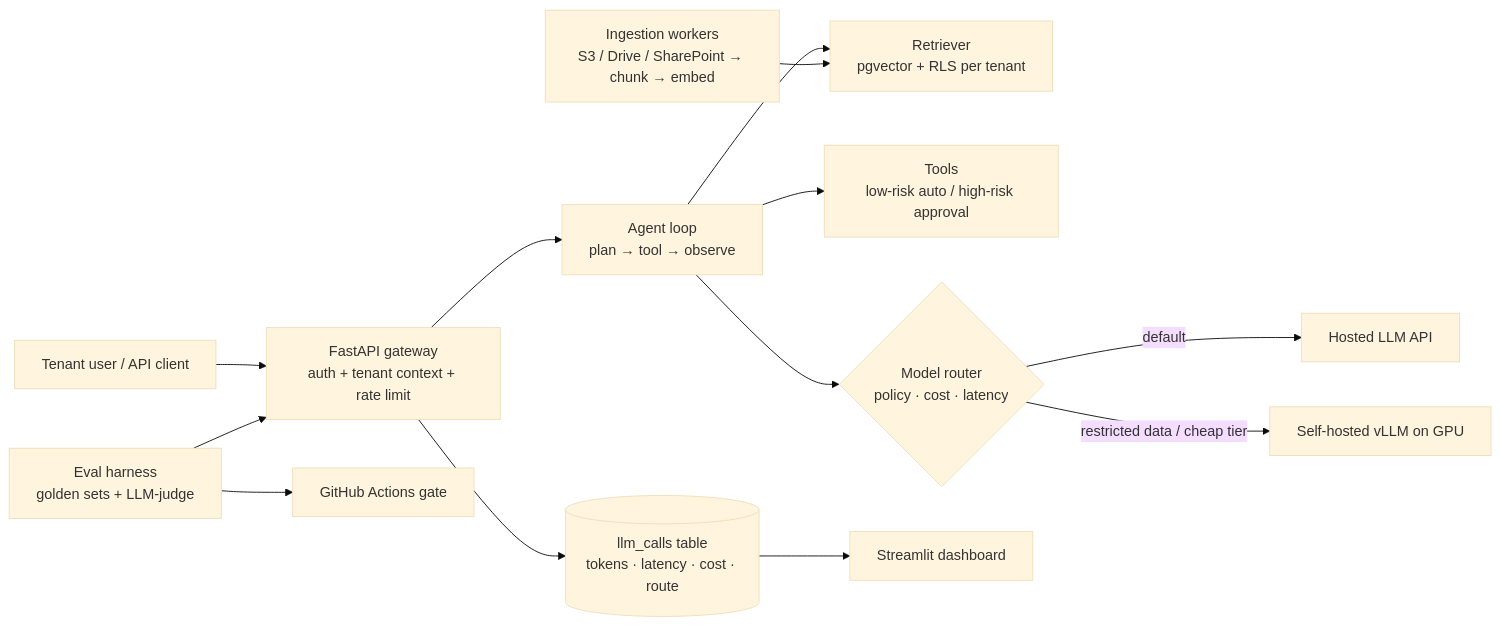
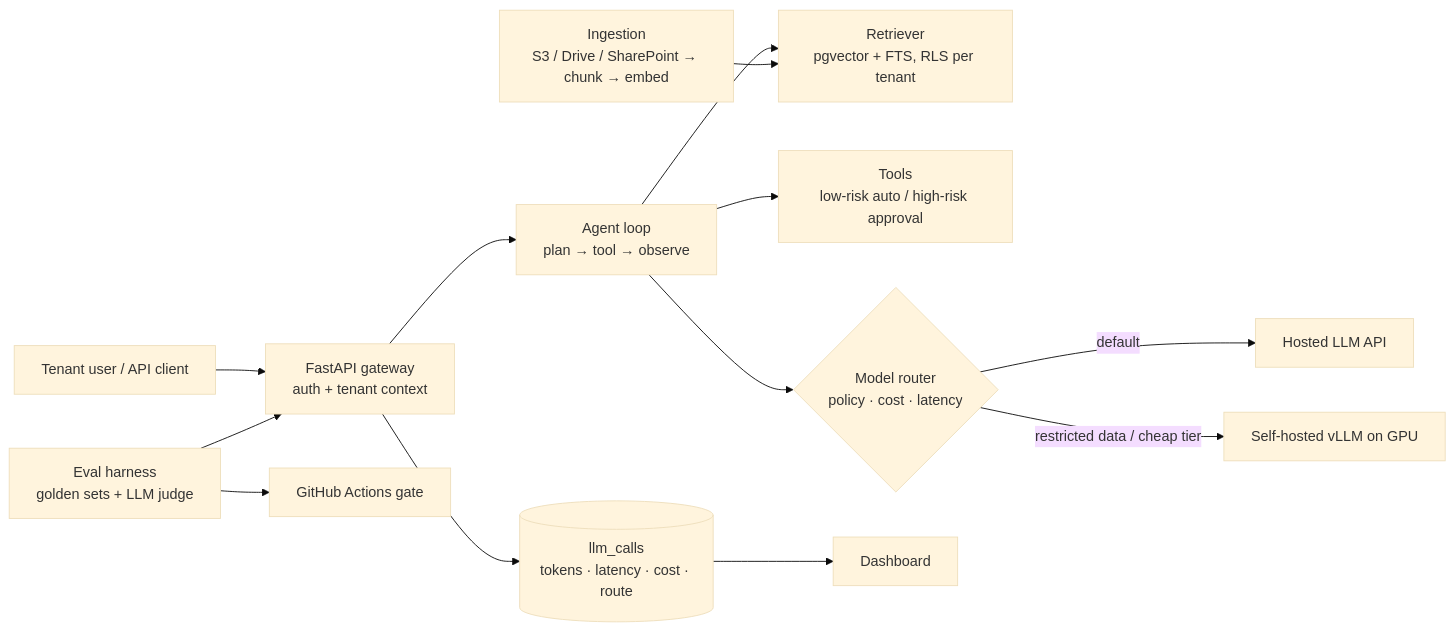
Before and after one commit to divithraju/Agentic-Rag-Saas: the diagram in README.md, drawn with Mermaid (base theme). The commit also changed other lines of this file and 2 other files, not shown here.

Commit message:
docs: full README + GitHub Pages dashboard

````diff
--- a/README.md
+++ b/README.md
@@ -20,15 +79,15 @@
 ```mermaid
 flowchart LR
-  U[Tenant user / API client] --> GW[FastAPI gateway<br/>auth + tenant context + rate limit]
+  U[Tenant user / API client] --> GW[FastAPI gateway<br/>auth + tenant context]
   GW --> AG[Agent loop<br/>plan → tool → observe]
-  AG --> RAG[Retriever<br/>pgvector + RLS per tenant]
+  AG --> RAG[Retriever<br/>pgvector + FTS, RLS per tenant]
   AG --> TOOLS[Tools<br/>low-risk auto / high-risk approval]
   AG --> RT{Model router<br/>policy · cost · latency}
   RT -->|default| H[Hosted LLM API]
   RT -->|restricted data / cheap tier| S[Self-hosted vLLM on GPU]
-  ING[Ingestion workers<br/>S3 / Drive / SharePoint → chunk → embed] --> RAG
-  GW --> OBS[(llm_calls table<br/>tokens · latency · cost · route)]
-  OBS --> DASH[Streamlit dashboard]
-  EV[Eval harness<br/>golden sets + LLM-judge] --> GW
+  ING[Ingestion<br/>S3 / Drive / SharePoint → chunk → embed] --> RAG
+  GW --> OBS[(llm_calls<br/>tokens · latency · cost · route)]
+  OBS --> DASH[Dashboard]
+  EV[Eval harness<br/>golden sets + LLM judge] --> GW
   EV --> CI[GitHub Actions gate]
 ```
````
